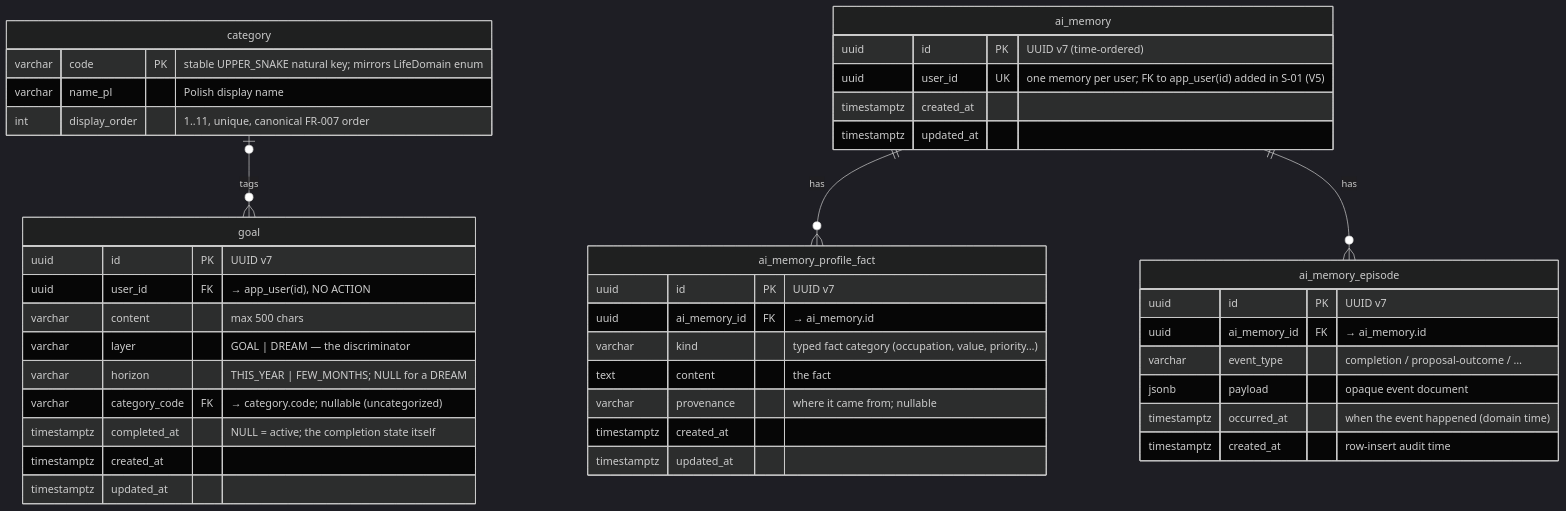
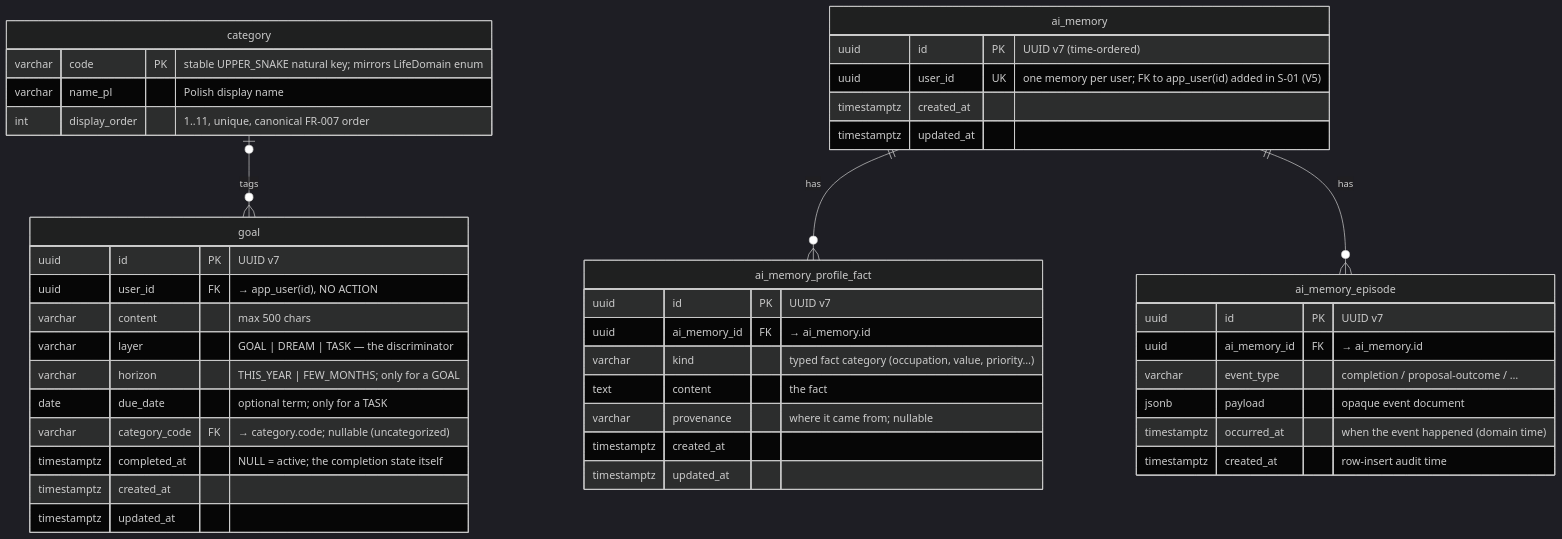
The diagram in context/foundation/data-model.md (TheDariusz/2doai), drawn with Mermaid (dark theme) before and after one commit. The commit also changed other lines of this file and 24 other files, not shown here.

````diff
--- a/context/foundation/data-model.md
+++ b/context/foundation/data-model.md
@@ -10,49 +10,50 @@
 ```mermaid
 erDiagram
     category {
         varchar code PK "stable UPPER_SNAKE natural key; mirrors LifeDomain enum"
         varchar name_pl "Polish display name"
         int display_order "1..11, unique, canonical FR-007 order"
     }
 
     ai_memory ||--o{ ai_memory_profile_fact : has
     ai_memory ||--o{ ai_memory_episode : has
 
     ai_memory {
         uuid id PK "UUID v7 (time-ordered)"
         uuid user_id UK "one memory per user; FK to app_user(id) added in S-01 (V5)"
         timestamptz created_at
         timestamptz updated_at
     }
     ai_memory_profile_fact {
         uuid id PK "UUID v7"
         uuid ai_memory_id FK "→ ai_memory.id"
         varchar kind "typed fact category (occupation, value, priority…)"
         text content "the fact"
         varchar provenance "where it came from; nullable"
         timestamptz created_at
         timestamptz updated_at
     }
     ai_memory_episode {
         uuid id PK "UUID v7"
         uuid ai_memory_id FK "→ ai_memory.id"
         varchar event_type "completion / proposal-outcome / …"
         jsonb payload "opaque event document"
         timestamptz occurred_at "when the event happened (domain time)"
         timestamptz created_at "row-insert audit time"
     }
 
     category |o--o{ goal : "tags"
 
     goal {
         uuid id PK "UUID v7"
         uuid user_id FK "→ app_user(id), NO ACTION"
         varchar content "max 500 chars"
-        varchar layer "GOAL | DREAM — the discriminator"
-        varchar horizon "THIS_YEAR | FEW_MONTHS; NULL for a DREAM"
+        varchar layer "GOAL | DREAM | TASK — the discriminator"
+        varchar horizon "THIS_YEAR | FEW_MONTHS; only for a GOAL"
+        date due_date "optional term; only for a TASK"
         varchar category_code FK "→ category.code; nullable (uncategorized)"
         timestamptz completed_at "NULL = active; the completion state itself"
         timestamptz created_at
         timestamptz updated_at
     }
 ```
````
